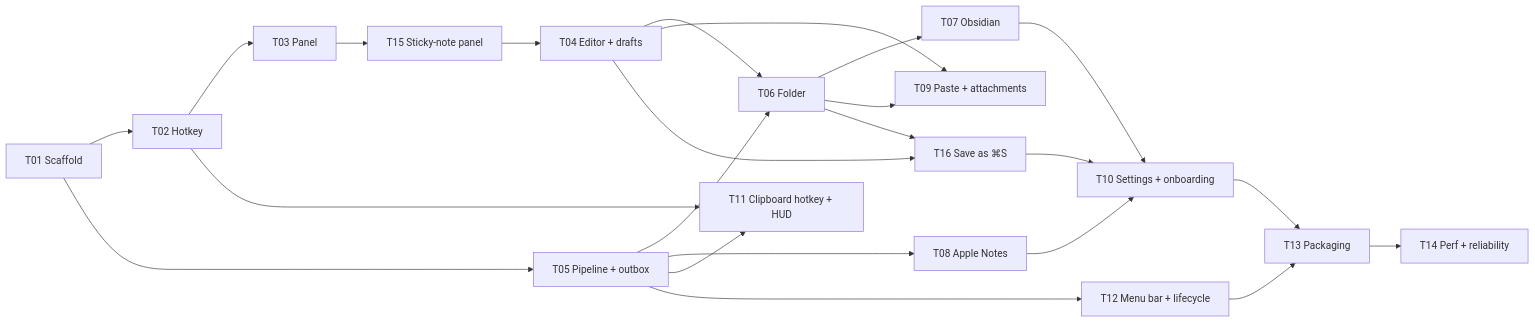
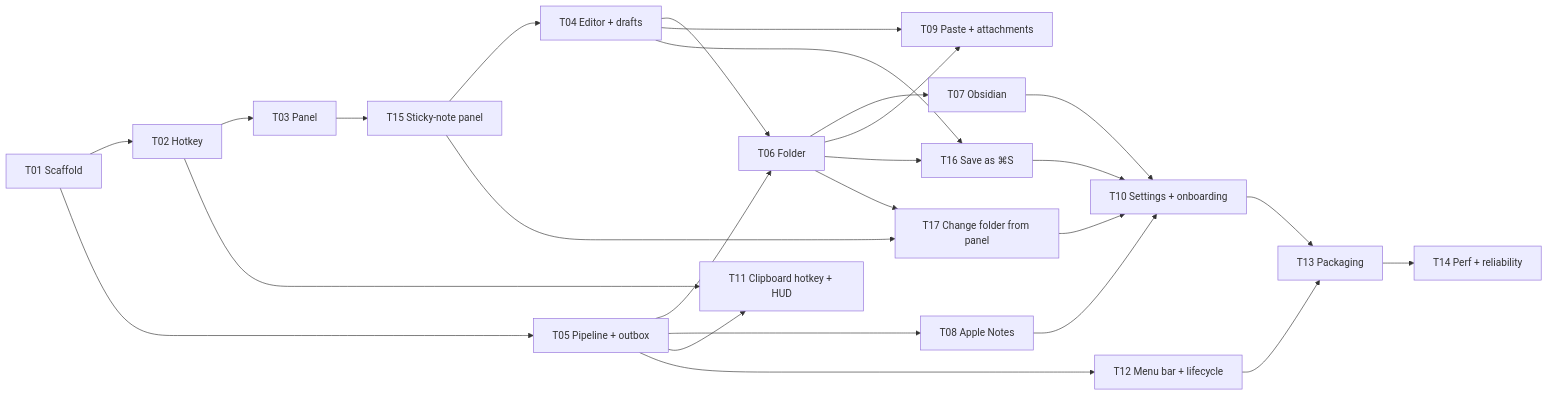
The diagram in context/tasks/README.md (elizabeth-ling/otter), drawn with Mermaid before and after one commit. The commit also changed other lines of this file and 4 other files, not shown here.

````diff
--- a/context/tasks/README.md
+++ b/context/tasks/README.md
@@ -15,25 +15,28 @@
 ```mermaid
 flowchart LR
   T01[T01 Scaffold] --> T02[T02 Hotkey]
   T01 --> T05[T05 Pipeline + outbox]
   T02 --> T03[T03 Panel]
   T03 --> T15[T15 Sticky-note panel]
   T15 --> T04[T04 Editor + drafts]
   T05 --> T06[T06 Folder]
   T04 --> T06
   T06 --> T07[T07 Obsidian]
   T05 --> T08[T08 Apple Notes]
   T04 --> T09[T09 Paste + attachments]
   T06 --> T09
   T04 --> T16[T16 Save as ⌘S]
   T06 --> T16
   T05 --> T11[T11 Clipboard hotkey + HUD]
   T02 --> T11
   T07 --> T10[T10 Settings + onboarding]
   T16 --> T10
+  T06 --> T17[T17 Change folder from panel]
+  T15 --> T17
+  T17 --> T10
   T08 --> T10
   T05 --> T12[T12 Menu bar + lifecycle]
   T10 --> T13[T13 Packaging]
   T12 --> T13
   T13 --> T14[T14 Perf + reliability]
 ```
````
